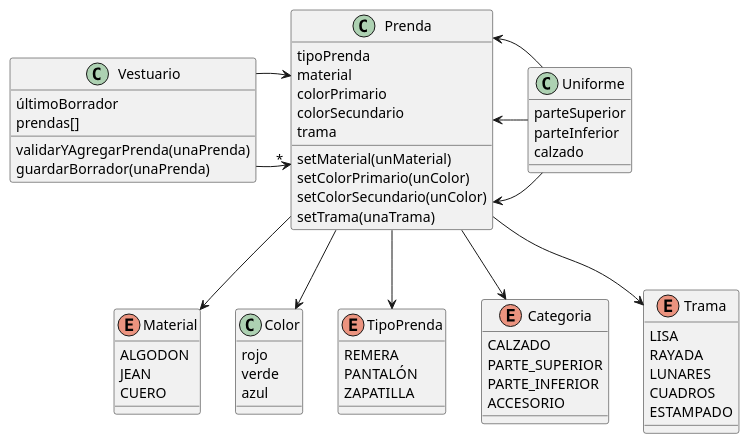
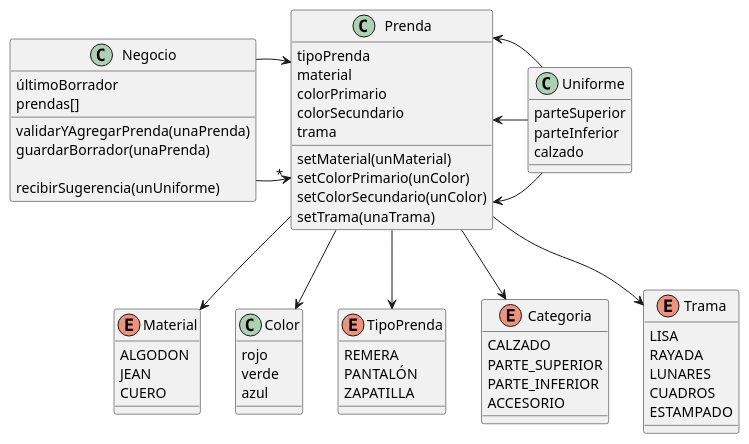
The diagram in SegundaIteracion/diagramaDeclases.plantuml (SwaXTech/QMP-1ra-Iteracion), drawn with PlantUML before and after one commit. The commit also changed 1 other file, not shown here.

Commit message:
Ahora la clase Vestuario se llama Negocio y acepta sugerencias de uniformes

```diff
--- a/SegundaIteracion/diagramaDeclases.plantuml
+++ b/SegundaIteracion/diagramaDeclases.plantuml
@@ -1,81 +1,83 @@
 @startuml QMP Segunda Iteración
 
 class Prenda{
   tipoPrenda
   material
   colorPrimario
   colorSecundario
   trama
 
   setMaterial(unMaterial)
   setColorPrimario(unColor)
   setColorSecundario(unColor)
   setTrama(unaTrama)
 }
 
 Prenda -d-> Material
 enum Material{
   ALGODON
   JEAN
   CUERO
 }
 
 Prenda -d-> Color
 class Color{
   rojo
   verde
   azul
 }
 
 Prenda -d-> TipoPrenda
 enum TipoPrenda{
   REMERA
   PANTALÓN
   ZAPATILLA
 }
 
 
 Prenda -d-> Categoria
 enum Categoria{
   CALZADO
   PARTE_SUPERIOR
   PARTE_INFERIOR
   ACCESORIO
 }
 
 Prenda -d-> Trama
 enum Trama{
   LISA
   RAYADA
   LUNARES
   CUADROS
   ESTAMPADO
 }
 
 
-Vestuario -> "*" Prenda
-Vestuario -> Prenda
-class Vestuario{
+Negocio -> "*" Prenda
+Negocio -> Prenda
+class Negocio{
 
   últimoBorrador
   prendas[]
 
   validarYAgregarPrenda(unaPrenda)
   guardarBorrador(unaPrenda)
+
+  recibirSugerencia(unUniforme)
 
 }
 
 
 Uniforme -l-> Prenda
 Uniforme -l-> Prenda
 Uniforme -l-> Prenda
 class Uniforme{
   parteSuperior
   parteInferior
   calzado
 }
 
 
 
 
 @enduml
```
